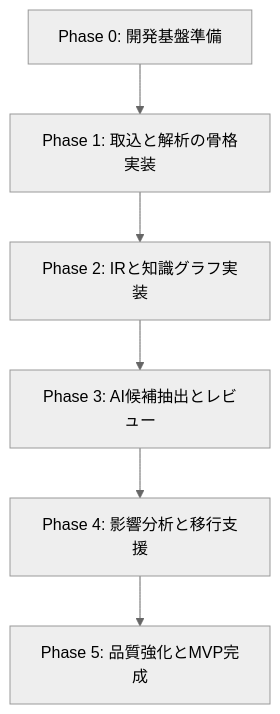
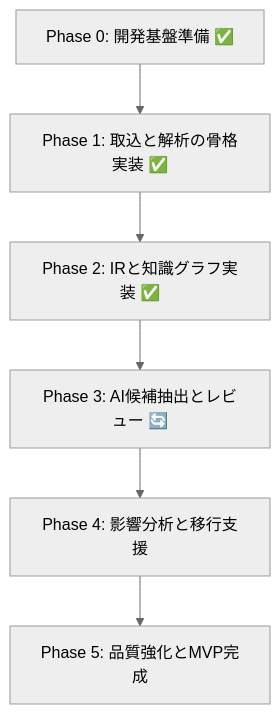
One commit to keijijin/legacy-code-archaeology changed the diagram in documents/13_ToDoリスト_レガシーコード考古学.md. Above: the diagram before and after it, drawn with Mermaid (neutral theme). The commit also changed other lines of this file, not shown here.

Commit message:
docs: update ToDo list - check off Phase 0 / Phase 1 / Phase 2 completed items

````diff
--- a/documents/13_ToDoリスト_レガシーコード考古学.md
+++ b/documents/13_ToDoリスト_レガシーコード考古学.md
@@ -17,8 +18,8 @@
 ```mermaid
 flowchart TD
-    A[Phase 0: 開発基盤準備] --> B[Phase 1: 取込と解析の骨格実装]
-    B --> C[Phase 2: IRと知識グラフ実装]
-    C --> D[Phase 3: AI候補抽出とレビュー]
+    A[Phase 0: 開発基盤準備 ✅] --> B[Phase 1: 取込と解析の骨格実装 ✅]
+    B --> C[Phase 2: IRと知識グラフ実装 ✅]
+    C --> D[Phase 3: AI候補抽出とレビュー 🔄]
     D --> E[Phase 4: 影響分析と移行支援]
     E --> F[Phase 5: 品質強化とMVP完成]
 ```
````
